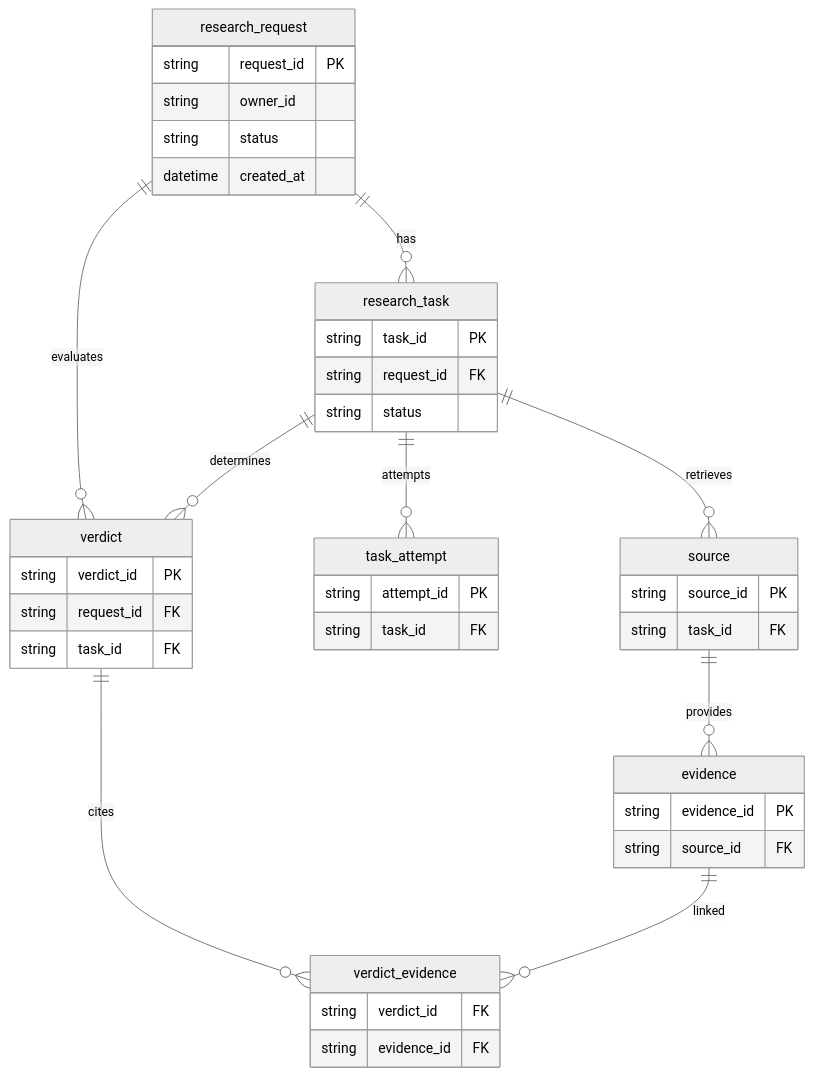
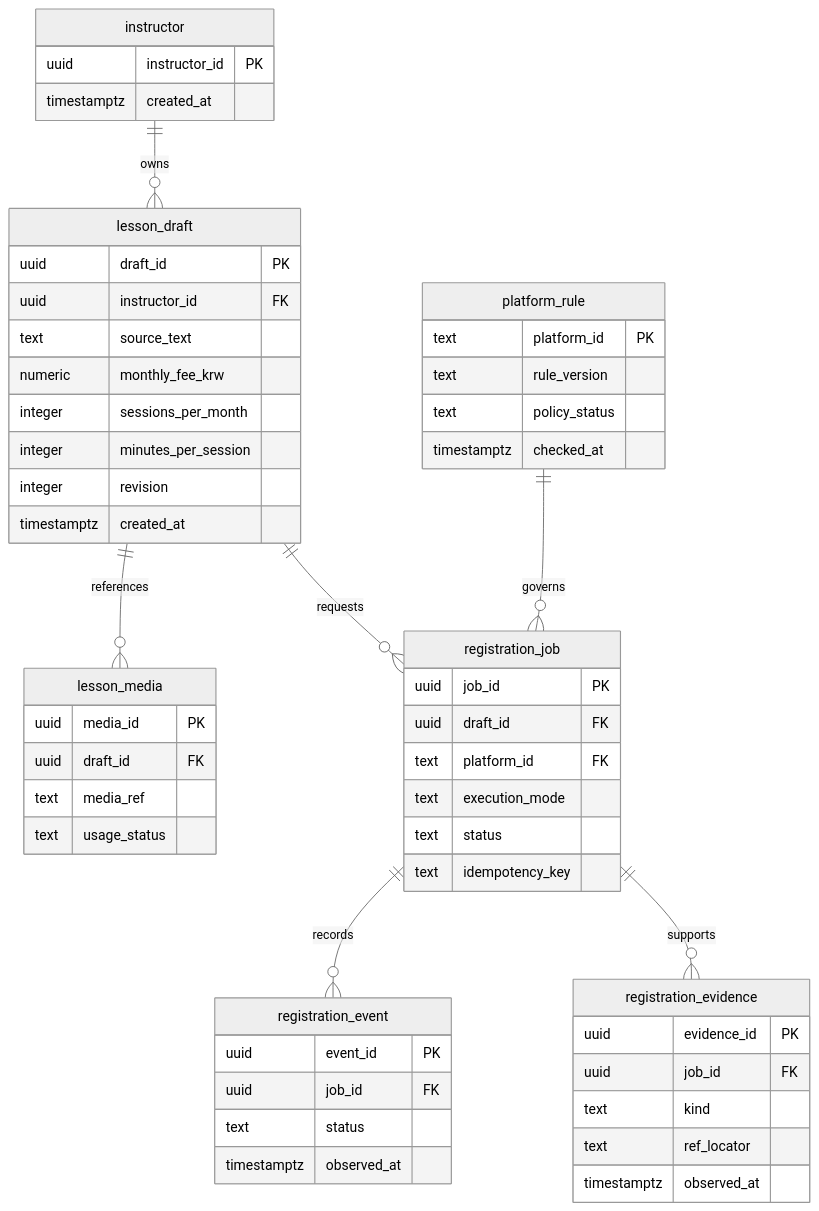
The diagram in docs/step2/데이터베이스_스키마_설계서.md (ik-e/chaja-you), drawn with Mermaid (neutral theme) before and after one commit. The commit also changed other lines of this file, not shown here.

Commit message:
docs(submission): replace legacy DB schema with conditional lesson domain model

````diff
--- a/docs/step2/데이터베이스_스키마_설계서.md
+++ b/docs/step2/데이터베이스_스키마_설계서.md
@@ -11,43 +7,56 @@
 ```mermaid
 erDiagram
-  research_request ||--o{ research_task : has
-  research_request ||--o{ verdict : evaluates
-  research_task ||--o{ task_attempt : attempts
-  research_task ||--o{ source : retrieves
-  research_task ||--o{ verdict : determines
-  source ||--o{ evidence : provides
-  verdict ||--o{ verdict_evidence : cites
-  evidence ||--o{ verdict_evidence : linked
-  research_request {
-     string request_id PK
-     string owner_id
-     string status
-     datetime created_at
-  }
-  research_task {
-     string task_id PK
-     string request_id FK
-     string status
-  }
-  task_attempt {
-     string attempt_id PK
-     string task_id FK
-  }
-  source {
-     string source_id PK
-     string task_id FK
-  }
-  evidence {
-     string evidence_id PK
-     string source_id FK
-  }
-  verdict {
-     string verdict_id PK
-     string request_id FK
-     string task_id FK
-  }
-  verdict_evidence {
-     string verdict_id FK
-     string evidence_id FK
-  }
+    instructor ||--o{ lesson_draft : owns
+    lesson_draft ||--o{ lesson_media : references
+    lesson_draft ||--o{ registration_job : requests
+    platform_rule ||--o{ registration_job : governs
+    registration_job ||--o{ registration_event : records
+    registration_job ||--o{ registration_evidence : supports
+    instructor {
+      uuid instructor_id PK
+      timestamptz created_at
+    }
+    lesson_draft {
+      uuid draft_id PK
+      uuid instructor_id FK
+      text source_text
+      numeric monthly_fee_krw
+      integer sessions_per_month
+      integer minutes_per_session
+      integer revision
+      timestamptz created_at
+    }
+    lesson_media {
+      uuid media_id PK
+      uuid draft_id FK
+      text media_ref
+      text usage_status
+    }
+    platform_rule {
+      text platform_id PK
+      text rule_version
+      text policy_status
+      timestamptz checked_at
+    }
+    registration_job {
+      uuid job_id PK
+      uuid draft_id FK
+      text platform_id FK
+      text execution_mode
+      text status
+      text idempotency_key
+    }
+    registration_event {
+      uuid event_id PK
+      uuid job_id FK
+      text status
+      timestamptz observed_at
+    }
+    registration_evidence {
+      uuid evidence_id PK
+      uuid job_id FK
+      text kind
+      text ref_locator
+      timestamptz observed_at
+    }
 ```
````
